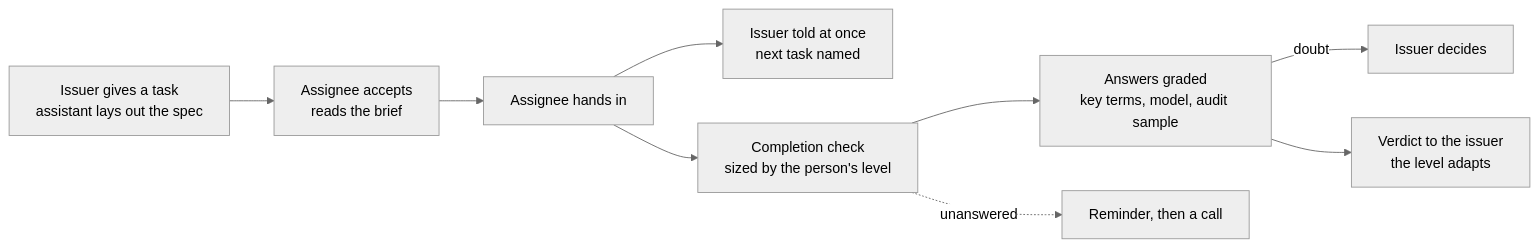
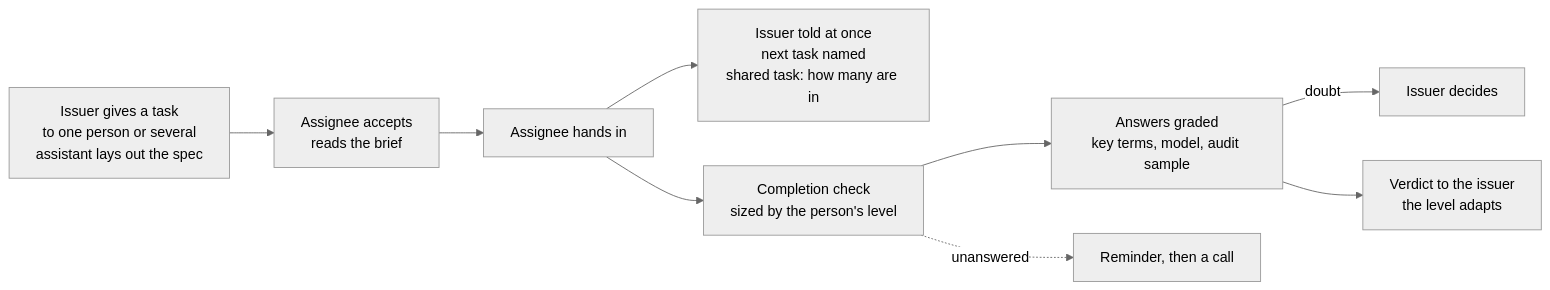
The fourth of 7 diagrams in README.md (bogdan734/techcom-ai-ops), drawn with Mermaid (neutral theme) before and after one commit. The commit also changed other lines of this file and 12 other files, not shown here.

First line of the commit message:
feat(team): give one task to several people, in progress until each has handed in

````diff
--- a/README.md
+++ b/README.md
@@ -538,11 +538,11 @@
 ```mermaid
 flowchart LR
-  A["Issuer gives a task<br/>assistant lays out the spec"] --> B["Assignee accepts<br/>reads the brief"]
+  A["Issuer gives a task<br/>to one person or several<br/>assistant lays out the spec"] --> B["Assignee accepts<br/>reads the brief"]
   B --> C["Assignee hands in"]
-  C --> D["Issuer told at once<br/>next task named"]
+  C --> D["Issuer told at once<br/>next task named<br/>shared task: how many are in"]
   C --> E["Completion check<br/>sized by the person's level"]
   E --> F["Answers graded<br/>key terms, model, audit sample"]
   F -->|doubt| G["Issuer decides"]
   F --> H["Verdict to the issuer<br/>the level adapts"]
   E -. unanswered .-> I["Reminder, then a call"]
 ```
````
